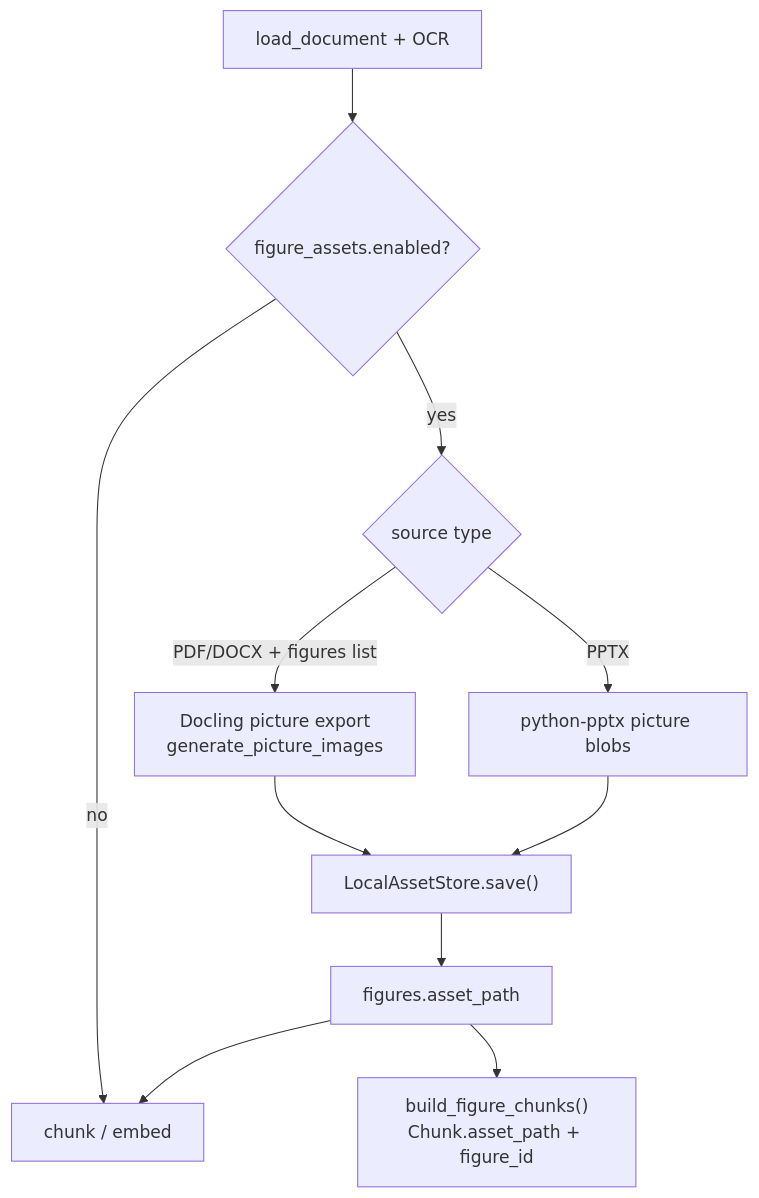
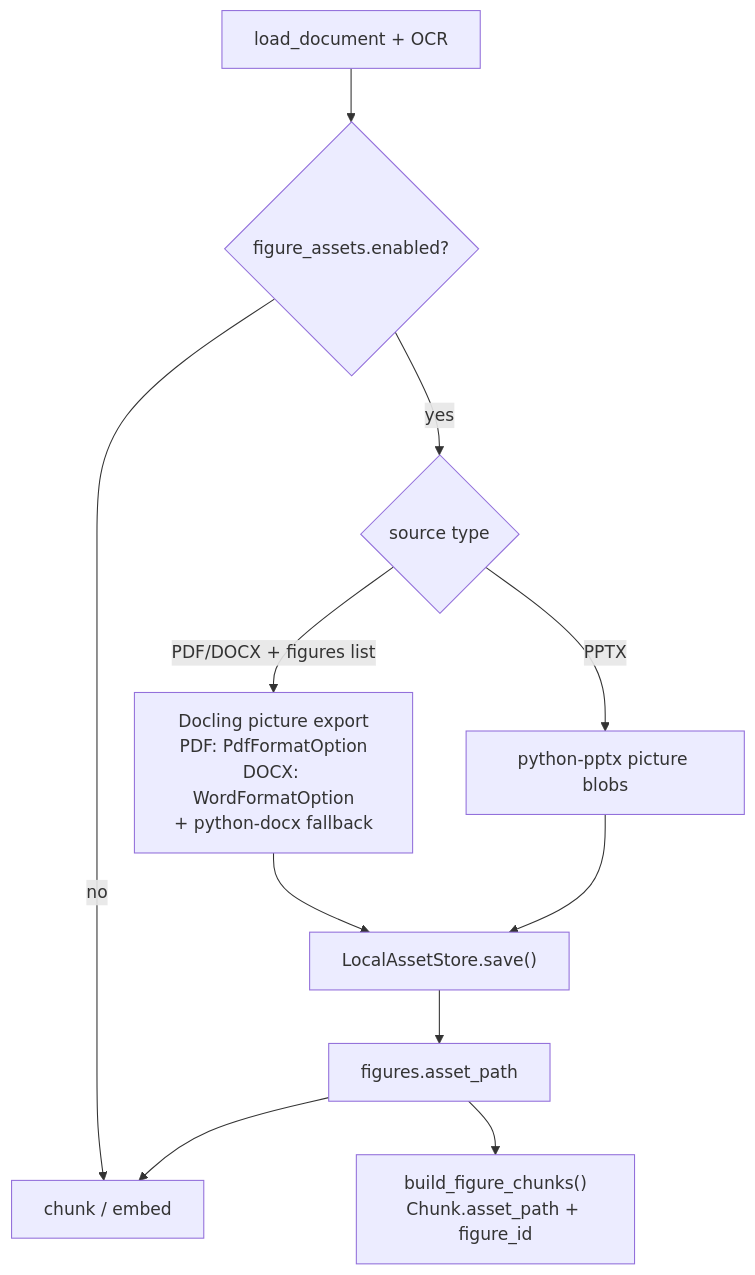
One commit to ealbertoav/rag_platform changed the seventh of 24 diagrams in README.md. Above: the diagram before and after it, drawn with Mermaid. The commit also changed other lines of this file and 2 other files, not shown here.

Commit message:
Add support for DOCX embedded image extraction and fallback (T-230):
- Enhanced `figure_extractor` to backfill images from DOCX files using `python-docx` when Docling metadata lacks raster bytes.
- Updated `_apply_with_docling_pictures` to prefer Docling images but fallback to embedded DOCX parts as needed.
- Introduced `_extract_docx_picture_bytes` for extracting image blobs from DOCX files in document order.
- Added `_extension_from_image_content_type` helper for robust MIME type to extension mapping.
- Expanded tests to cover DOCX extraction, fallback handling, and edge cases like unreadable parts, duplicate images, and missing dependencies.
- Updated README and code comments to document DOCX handling and fallback scenarios.

````diff
--- a/README.md
+++ b/README.md
@@ -836,13 +836,13 @@
 ```mermaid
 flowchart TD
     LOAD["load_document + OCR"] --> FLAG{"figure_assets.enabled?"}
     FLAG -->|no| CHUNK["chunk / embed"]
     FLAG -->|yes| SRC{"source type"}
-    SRC -->|"PDF/DOCX + figures list"| DOC["Docling picture export<br/>generate_picture_images"]
+    SRC -->|"PDF/DOCX + figures list"| DOC["Docling picture export<br/>PDF: PdfFormatOption<br/>DOCX: WordFormatOption<br/>+ python-docx fallback"]
     SRC -->|PPTX| PPT["python-pptx picture blobs"]
     DOC --> STORE["LocalAssetStore.save()"]
     PPT --> STORE
     STORE --> META["figures.asset_path"]
     META --> BUILD["build_figure_chunks()<br/>Chunk.asset_path + figure_id"]
     META --> CHUNK
 ```
````
